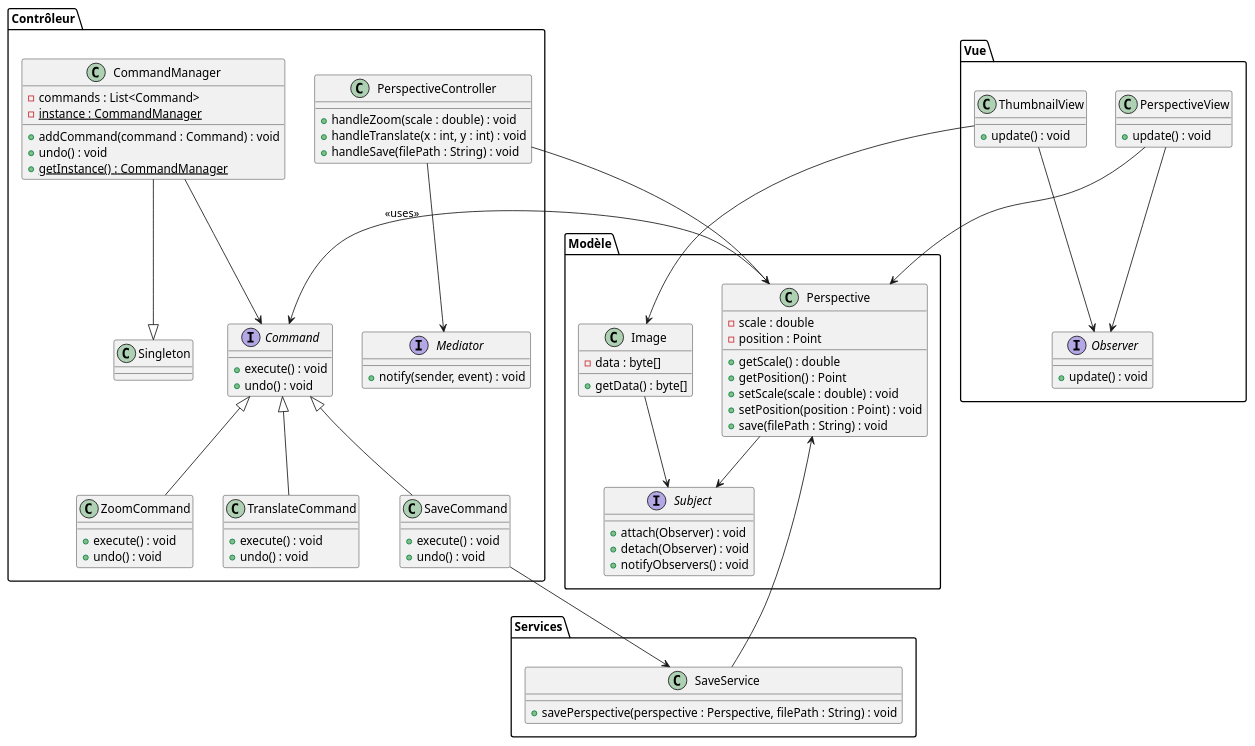
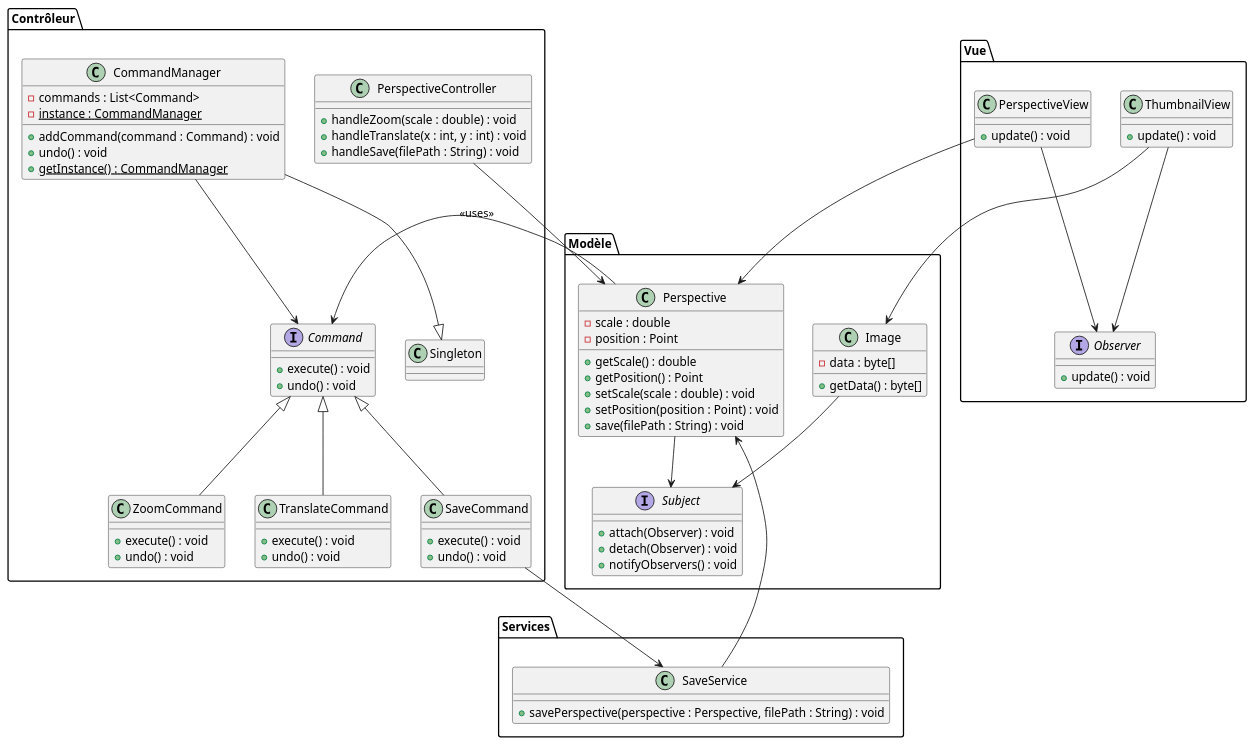
Before and after one commit to Apologieze/LAB5: the diagram in src/main/diagram.puml, drawn with PlantUML.

Commit message:
Update diagram.puml remove mediator

```diff
--- a/src/main/diagram.puml
+++ b/src/main/diagram.puml
@@ -1,118 +1,112 @@
 @startuml
 ' Define main packages for MVC structure
 package "Modèle" {
     ' Classes in the model
     class Image {
         - data : byte[]
         + getData() : byte[]
     }
 
     class Perspective {
         - scale : double
         - position : Point
         + getScale() : double
         + getPosition() : Point
         + setScale(scale : double) : void
         + setPosition(position : Point) : void
         + save(filePath : String) : void
     }
 
     ' Observer pattern for model update notification
     interface Subject {
         + attach(Observer) : void
         + detach(Observer) : void
         + notifyObservers() : void
     }
 
     ' Image and Perspective are separate subjects in Observer pattern
     Image --> Subject
     Perspective --> Subject
 }
 
 package "Services" {
     ' Service for saving perspectives to a file
     class SaveService {
         + savePerspective(perspective : Perspective, filePath : String) : void
     }
 }
 
 package "Vue" {
     ' Classes in the view
     interface Observer {
         + update() : void
     }
 
     class ThumbnailView {
         + update() : void
     }
 
     class PerspectiveView {
         + update() : void
     }
 
     ThumbnailView --> Observer
     PerspectiveView --> Observer
 }
 
 package "Contrôleur" {
     ' Command pattern for undoable operations
     interface Command {
         + execute() : void
         + undo() : void
     }
 
     ' Specific commands for zoom and translation
     class ZoomCommand {
         + execute() : void
         + undo() : void
     }
 
     class TranslateCommand {
         + execute() : void
         + undo() : void
     }
 
     Command <|-- ZoomCommand
     Command <|-- TranslateCommand
 
     ' Command for saving a perspective
     class SaveCommand {
         + execute() : void
         + undo() : void
     }
 
     Command <|-- SaveCommand
 
     ' Singleton pattern for command history management
     class CommandManager {
         - commands : List<Command>
         + addCommand(command : Command) : void
         + undo() : void
         {static} - instance : CommandManager
         {static} + getInstance() : CommandManager
     }
 
-    ' Mediator pattern (optional) for interaction between controls
-    interface Mediator {
-        + notify(sender, event) : void
-    }
-
     class PerspectiveController {
         + handleZoom(scale : double) : void
         + handleTranslate(x : int, y : int) : void
         + handleSave(filePath : String) : void
     }
 
-    PerspectiveController --> Mediator
     CommandManager --> Command
     CommandManager --|> Singleton
 }
 
 ' Relationships between model, view, and controller
 Perspective --> Command : <<uses>>
 ThumbnailView --> Image
 PerspectiveView --> Perspective
 PerspectiveController --> Perspective
 SaveService --> Perspective
 SaveCommand --> SaveService
 @enduml
```
